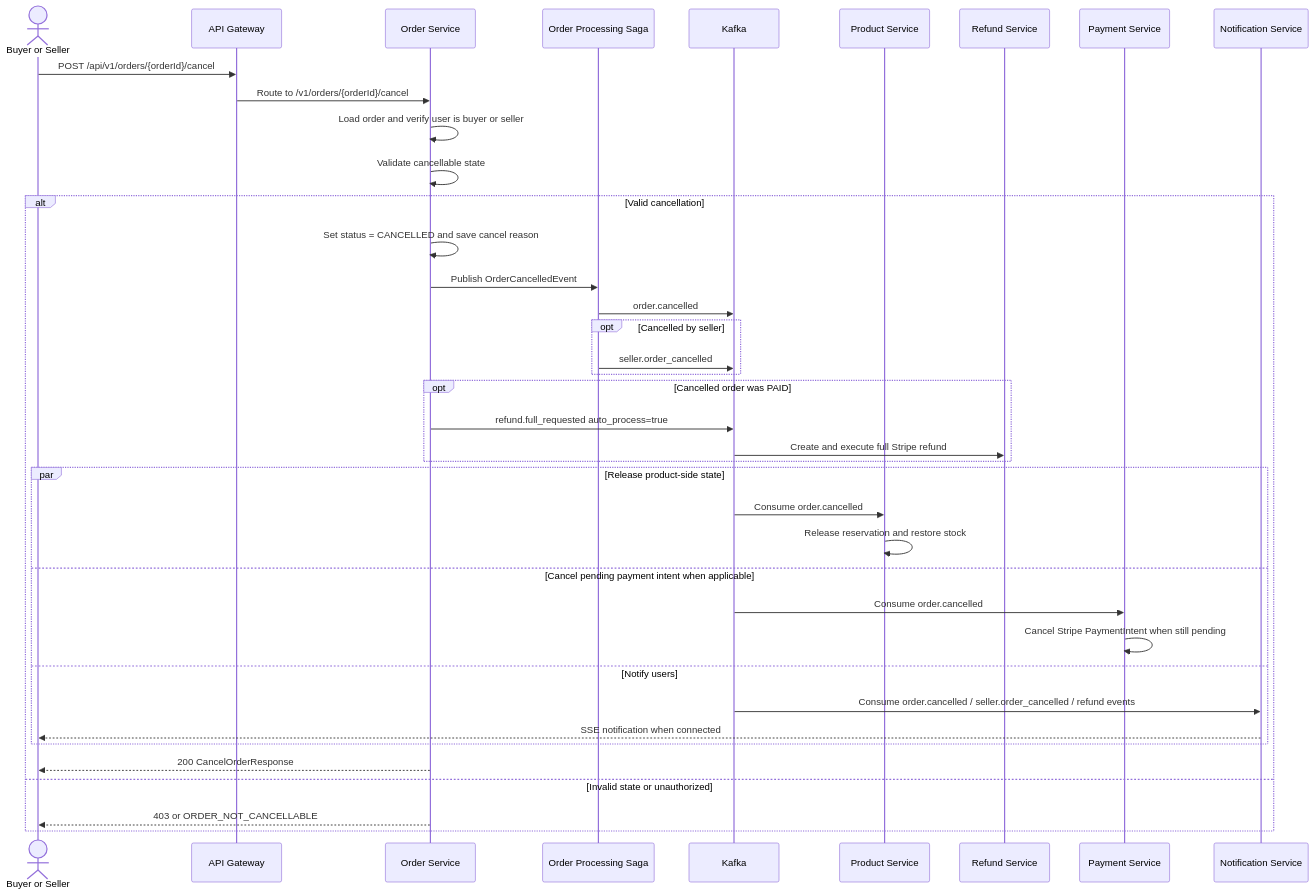
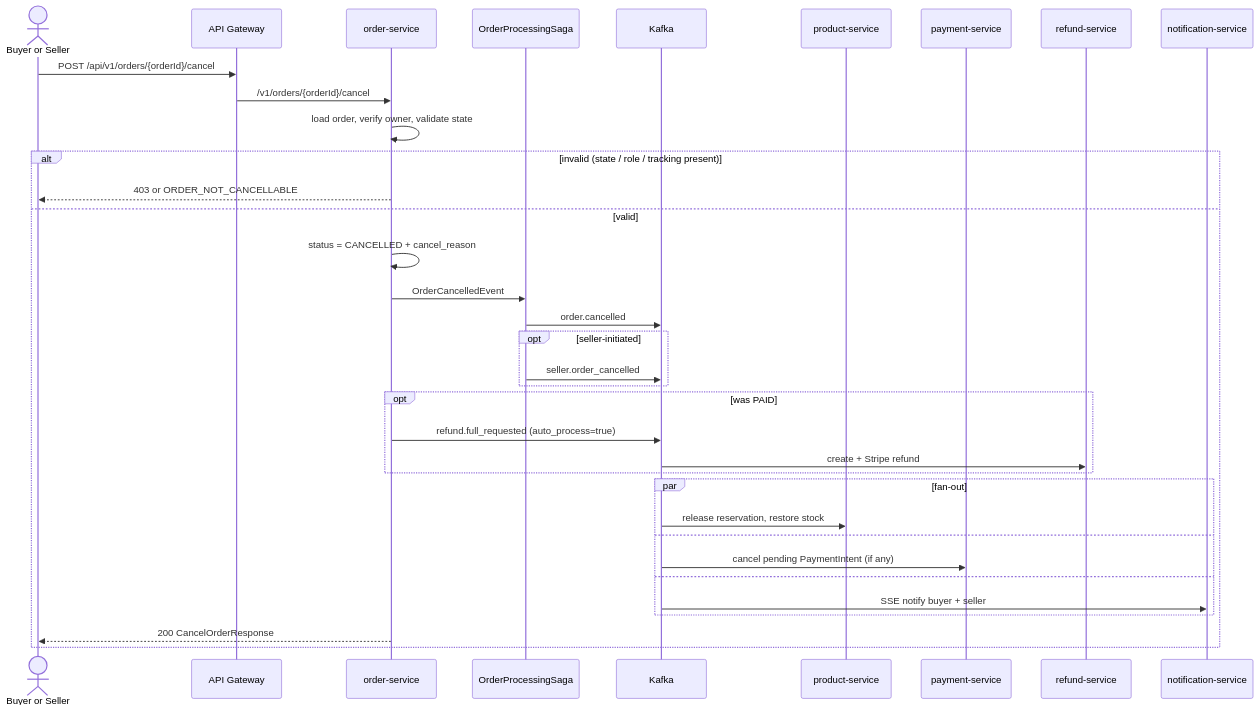
The diagram in documents/flows/cross-service/flow-order-cancellation.md (ldqanh1408/stealing-from-paradise), drawn with Mermaid before and after one commit. The commit also changed other lines of this file and 48 other files, not shown here.

````diff
--- a/documents/flows/cross-service/flow-order-cancellation.md
+++ b/documents/flows/cross-service/flow-order-cancellation.md
@@ -13,42 +31,39 @@
 ```mermaid
 sequenceDiagram
     actor User as Buyer or Seller
     participant GW as API Gateway
-    participant OS as Order Service
-    participant Saga as Order Processing Saga
-    participant Kafka as Kafka
-    participant Product as Product Service
-    participant Refund as Refund Service
-    participant Payment as Payment Service
-    participant Notif as Notification Service
+    participant OR as order-service
+    participant Saga as OrderProcessingSaga
+    participant K as Kafka
+    participant PR as product-service
+    participant PA as payment-service
+    participant RF as refund-service
+    participant NT as notification-service
 
     User->>GW: POST /api/v1/orders/{orderId}/cancel
-    GW->>OS: Route to /v1/orders/{orderId}/cancel
-    OS->>OS: Load order and verify user is buyer or seller
-    OS->>OS: Validate cancellable state
-    alt Valid cancellation
-        OS->>OS: Set status = CANCELLED and save cancel reason
-        OS->>Saga: Publish OrderCancelledEvent
-        Saga->>Kafka: order.cancelled
-        opt Cancelled by seller
-            Saga->>Kafka: seller.order_cancelled
+    GW->>OR: /v1/orders/{orderId}/cancel
+    OR->>OR: load order, verify owner, validate state
+
+    alt invalid (state / role / tracking present)
+        OR-->>User: 403 or ORDER_NOT_CANCELLABLE
+    else valid
+        OR->>OR: status = CANCELLED + cancel_reason
+        OR->>Saga: OrderCancelledEvent
+        Saga->>K: order.cancelled
+        opt seller-initiated
+            Saga->>K: seller.order_cancelled
         end
-        opt Cancelled order was PAID
-            OS->>Kafka: refund.full_requested auto_process=true
-            Kafka->>Refund: Create and execute full Stripe refund
+        opt was PAID
+            OR->>K: refund.full_requested (auto_process=true)
+            K->>RF: create + Stripe refund
         end
-        par Release product-side state
-            Kafka->>Product: Consume order.cancelled
-            Product->>Product: Release reservation and restore stock
-        and Cancel pending payment intent when applicable
-            Kafka->>Payment: Consume order.cancelled
-            Payment->>Payment: Cancel Stripe PaymentIntent when still pending
-        and Notify users
-            Kafka->>Notif: Consume order.cancelled / seller.order_cancelled / refund events
-            Notif-->>User: SSE notification when connected
+        par fan-out
+            K->>PR: release reservation, restore stock
+        and
+            K->>PA: cancel pending PaymentIntent (if any)
+        and
+            K->>NT: SSE notify buyer + seller
         end
-        OS-->>User: 200 CancelOrderResponse
-    else Invalid state or unauthorized
-        OS-->>User: 403 or ORDER_NOT_CANCELLABLE
+        OR-->>User: 200 CancelOrderResponse
     end
 ```
````
